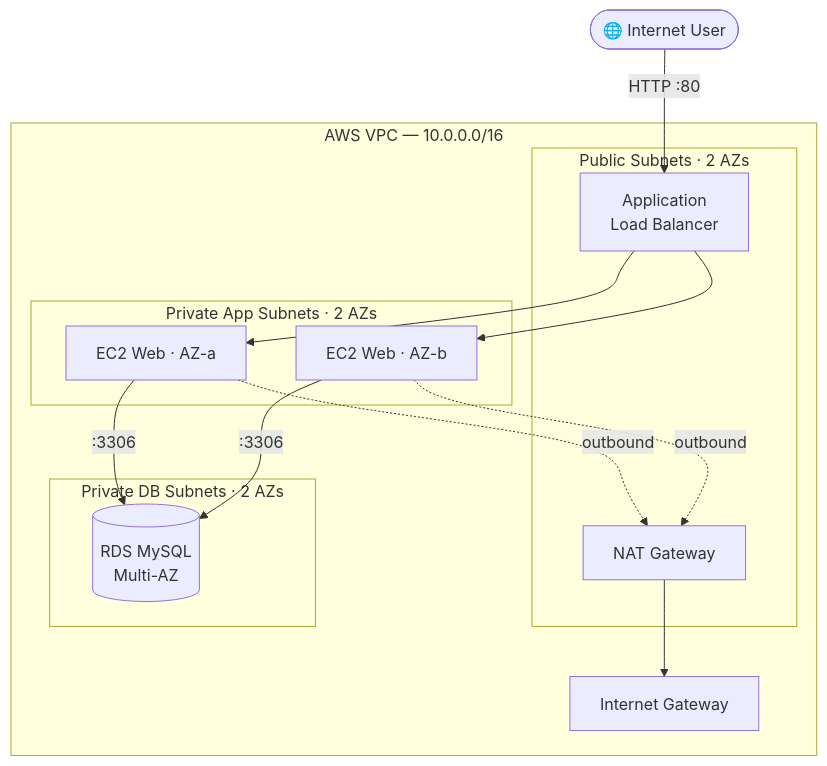
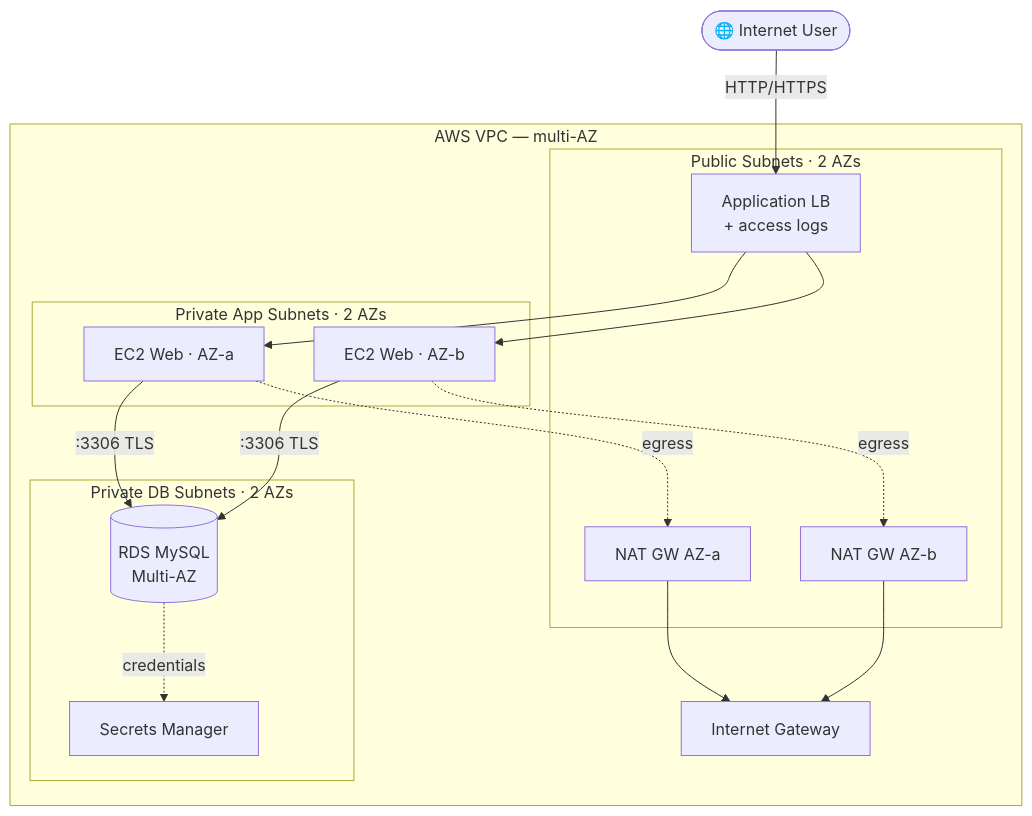
One commit to AhmadMughal-DS/aws-3tier-ha-webapp-terraform changed the diagram in README.md. Above: the diagram before and after it, drawn with Mermaid. The commit also changed other lines of this file and 24 other files, not shown here.

First line of the commit message:
refactor: production-grade modular architecture

````diff
--- a/README.md
+++ b/README.md
@@ -26,31 +18,30 @@
 ```mermaid
 flowchart TB
     User([🌐 Internet User])
-
-    subgraph VPC["AWS VPC — 10.0.0.0/16"]
+    subgraph VPC["AWS VPC — multi-AZ"]
         IGW[Internet Gateway]
-
         subgraph Public["Public Subnets · 2 AZs"]
-            ALB[Application<br/>Load Balancer]
-            NAT[NAT Gateway]
+            ALB[Application LB<br/>+ access logs]
+            NAT1[NAT GW AZ-a]
+            NAT2[NAT GW AZ-b]
         end
-
         subgraph App["Private App Subnets · 2 AZs"]
             EC2A[EC2 Web · AZ-a]
             EC2B[EC2 Web · AZ-b]
         end
-
         subgraph Data["Private DB Subnets · 2 AZs"]
             RDS[(RDS MySQL<br/>Multi-AZ)]
+            SM[Secrets Manager]
         end
     end
-
-    User -->|HTTP :80| ALB
+    User -->|HTTP/HTTPS| ALB
     ALB --> EC2A
     ALB --> EC2B
-    EC2A -->|:3306| RDS
-    EC2B -->|:3306| RDS
-    EC2A -.outbound.-> NAT
-    EC2B -.outbound.-> NAT
-    NAT --> IGW
+    EC2A -->|:3306 TLS| RDS
+    EC2B -->|:3306 TLS| RDS
+    RDS -.credentials.-> SM
+    EC2A -.egress.-> NAT1
+    EC2B -.egress.-> NAT2
+    NAT1 --> IGW
+    NAT2 --> IGW
 ```
````
